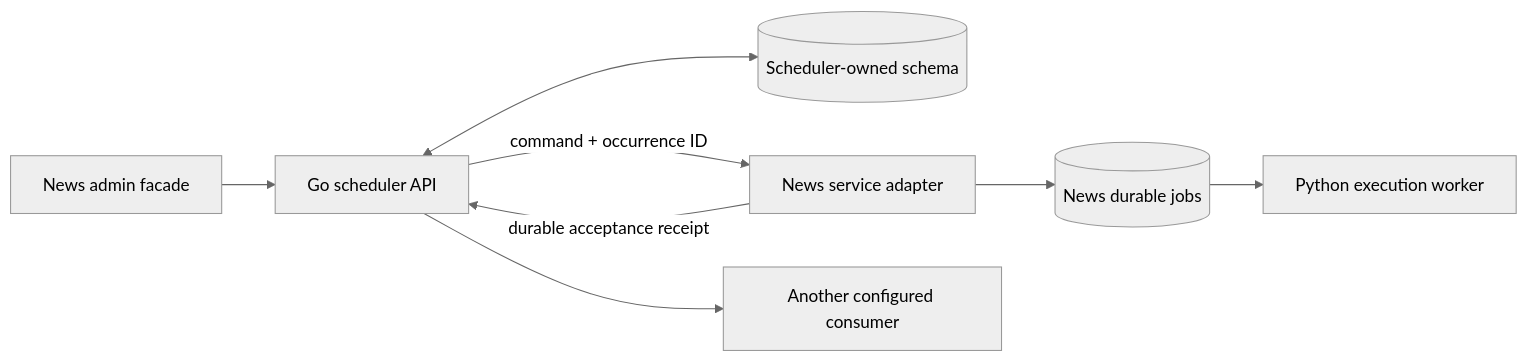
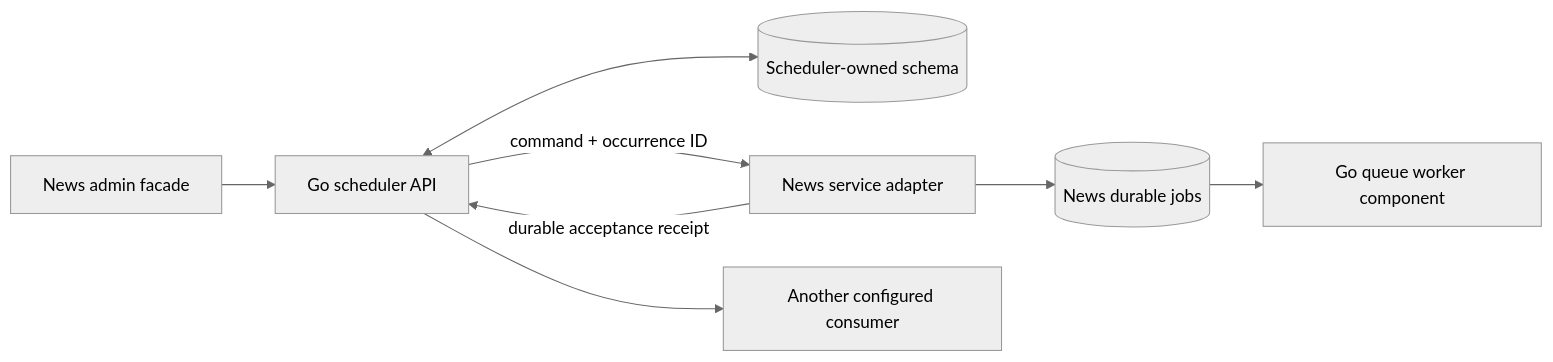
One commit to Dzarlax-AI/evening-news changed the diagram in docs/go-scheduler.md. Above: the diagram before and after it, drawn with Mermaid (neutral theme). The commit also changed other lines of this file and 33 other files, not shown here.

````diff
--- a/docs/go-scheduler.md
+++ b/docs/go-scheduler.md
@@ -43,10 +31,10 @@
 ```mermaid
 flowchart LR
     Admin[News admin facade] --> Scheduler[Go scheduler API]
     Scheduler <--> Store[(Scheduler-owned schema)]
     Scheduler -->|command + occurrence ID| Ingress[News service adapter]
     Ingress --> Jobs[(News durable jobs)]
-    Jobs --> Worker[Python execution worker]
+    Jobs --> Worker[Go queue worker component]
     Ingress -->|durable acceptance receipt| Scheduler
     Scheduler --> Other[Another configured consumer]
 ```
````
